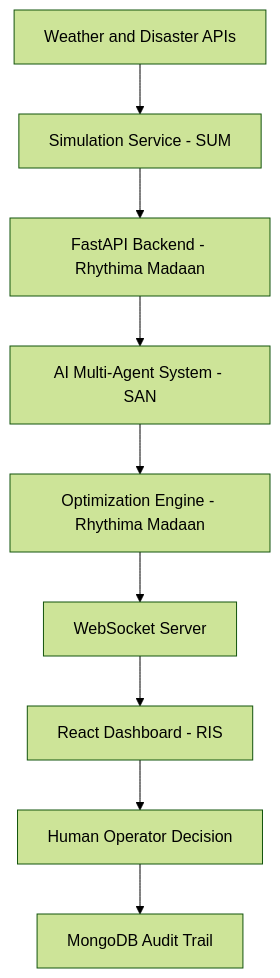
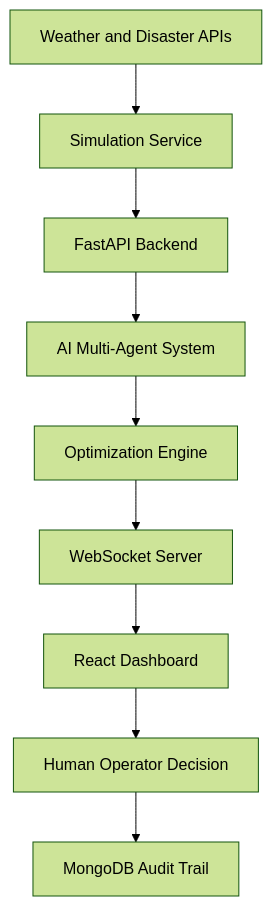
Before and after one commit to Lowkirkinuely/smart-grid-system: the diagram in README.md, drawn with Mermaid (forest theme). The commit also changed other lines of this file, not shown here.

````diff
--- a/README.md
+++ b/README.md
@@ -15,11 +15,11 @@
 ```mermaid
 graph TD
-    A[Weather and Disaster APIs] --> B[Simulation Service - SUM]
-    B --> C[FastAPI Backend - Rhythima Madaan]
-    C --> D[AI Multi-Agent System - SAN]
-    D --> E[Optimization Engine - Rhythima Madaan]
+    A[Weather and Disaster APIs] --> B[Simulation Service]
+    B --> C[FastAPI Backend]
+    C --> D[AI Multi-Agent System]
+    D --> E[Optimization Engine]
     E --> F[WebSocket Server]
-    F --> G[React Dashboard - RIS]
+    F --> G[React Dashboard]
     G --> H[Human Operator Decision]
     H --> I[MongoDB Audit Trail]
 ```
````
